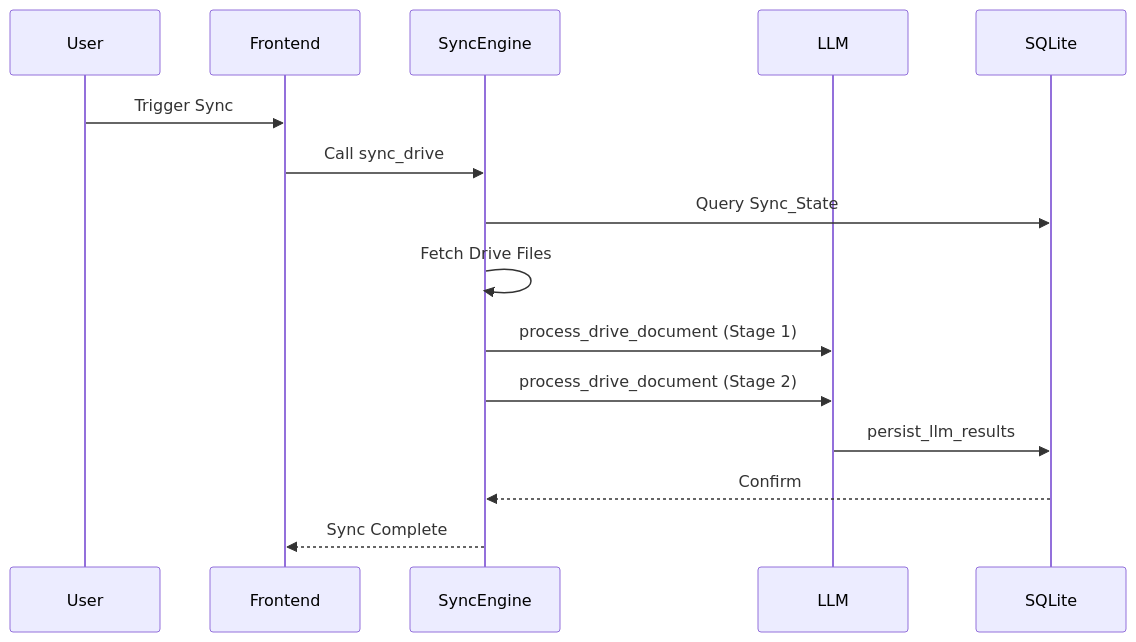
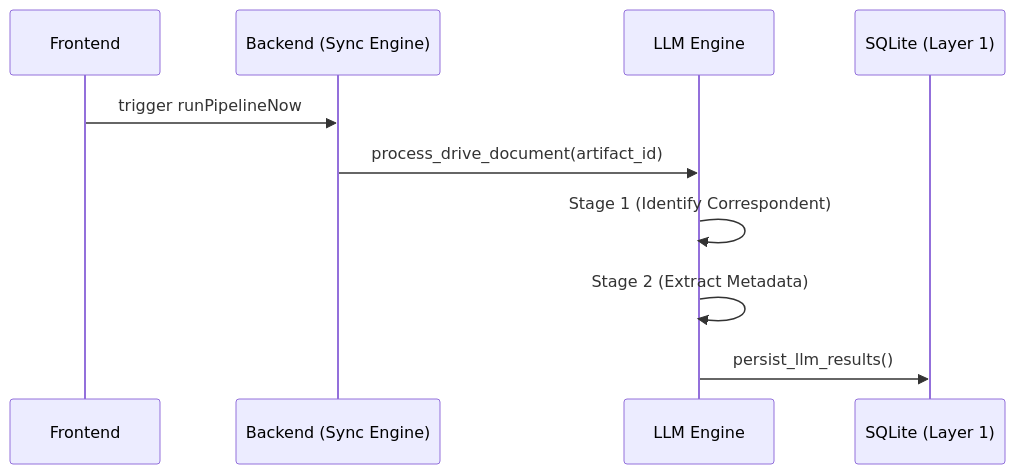
The fourth of 4 diagrams in AUDITS/v3.3.3_2026-05-20_audit_trace.md (FrankXLT/Nexus-Hub-for-Google), drawn with Mermaid before and after one commit. The commit also changed other lines of this file and 3 other files, not shown here.

````diff
--- a/AUDITS/v3.3.3_2026-05-20_audit_trace.md
+++ b/AUDITS/v3.3.3_2026-05-20_audit_trace.md
@@ -903,18 +1075,13 @@
 ```mermaid
 sequenceDiagram
-    participant User
-    participant Frontend
-    participant SyncEngine
-    participant LLM
-    participant SQLite
+    participant UI as Frontend
+    participant API as Backend (Sync Engine)
+    participant LLM as LLM Engine
+    participant DB as SQLite (Layer 1)
 
-    User->>Frontend: Trigger Sync
-    Frontend->>SyncEngine: Call sync_drive
-    SyncEngine->>SQLite: Query Sync_State
-    SyncEngine->>SyncEngine: Fetch Drive Files
-    SyncEngine->>LLM: process_drive_document (Stage 1)
-    SyncEngine->>LLM: process_drive_document (Stage 2)
-    LLM->>SQLite: persist_llm_results
-    SQLite-->>SyncEngine: Confirm
-    SyncEngine-->>Frontend: Sync Complete
+    UI->>API: trigger runPipelineNow
+    API->>LLM: process_drive_document(artifact_id)
+    LLM->>LLM: Stage 1 (Identify Correspondent)
+    LLM->>LLM: Stage 2 (Extract Metadata)
+    LLM->>DB: persist_llm_results()
 ```
````
